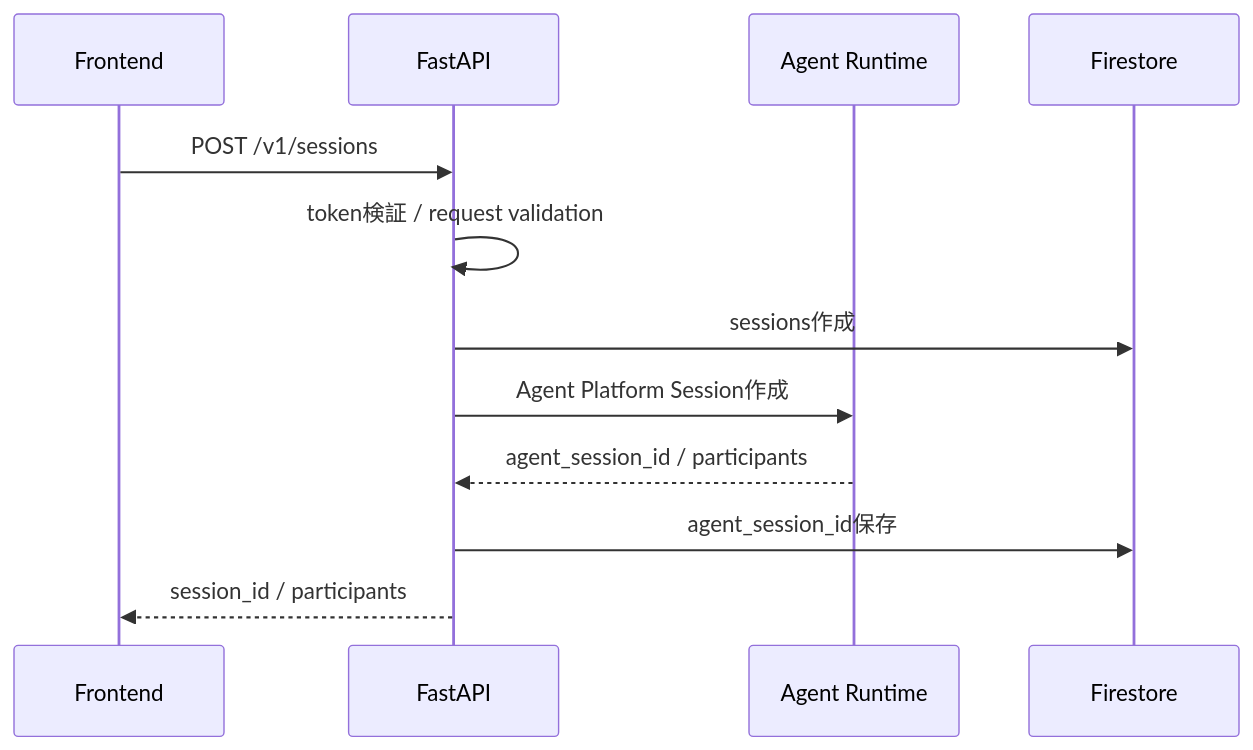
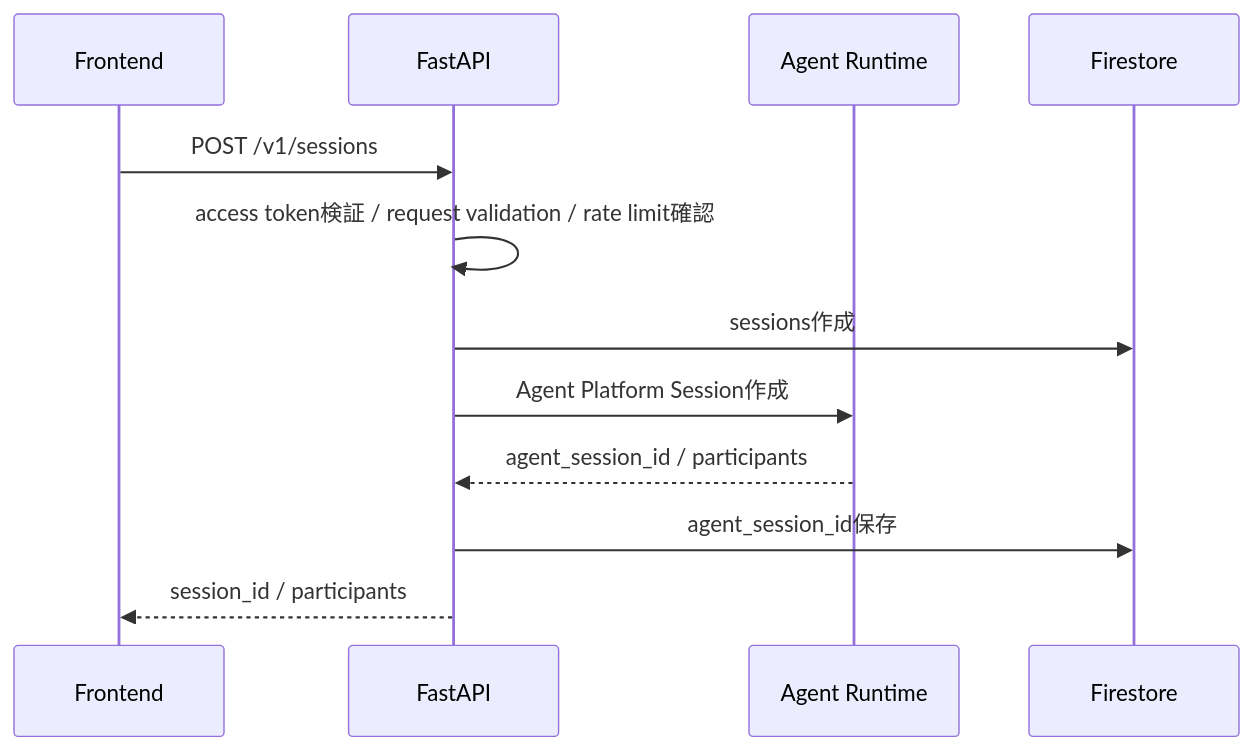
Before and after one commit to tasugiya/real_conversation_agents: the second of 4 diagrams in docs/backend/02_BACKEND_PROCESS_DRAFT.md, drawn with Mermaid. The commit also changed other lines of this file and 2 other files, not shown here.

````diff
--- a/docs/backend/02_BACKEND_PROCESS_DRAFT.md
+++ b/docs/backend/02_BACKEND_PROCESS_DRAFT.md
@@ -180,15 +199,15 @@
 ```mermaid
 sequenceDiagram
     participant FE as Frontend
     participant API as FastAPI
     participant AR as Agent Runtime
     participant FS as Firestore
 
     FE->>API: POST /v1/sessions
-    API->>API: token検証 / request validation
+    API->>API: access token検証 / request validation / rate limit確認
     API->>FS: sessions作成
     API->>AR: Agent Platform Session作成
     AR-->>API: agent_session_id / participants
     API->>FS: agent_session_id保存
     API-->>FE: session_id / participants
 ```
````
